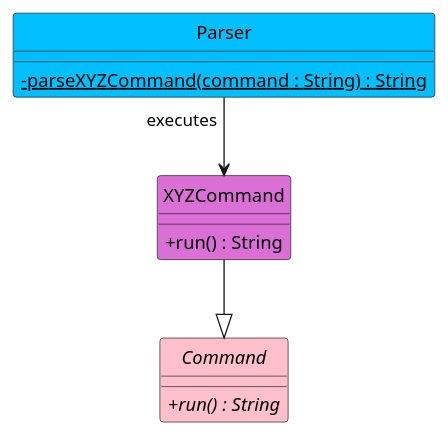
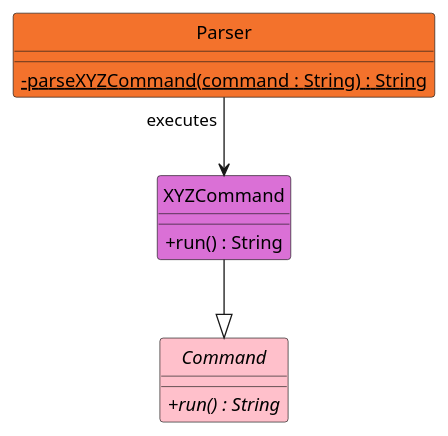
One commit to nus-cs2113-AY2122S1/tp changed the diagram in docs/diagrams/ParserDiagram.puml. Above: the diagram before and after it, drawn with PlantUML. The commit also changed 7 other files, not shown here.

```diff
--- a/docs/diagrams/ParserDiagram.puml
+++ b/docs/diagrams/ParserDiagram.puml
@@ -1,20 +1,20 @@
 @startuml
 hide circle
 skinparam classAttributeIconSize 0
 
 abstract class Command #pink {
 + {abstract} run() : String
 }
 
-class Parser #deepSkyBlue {
+class Parser #F3722C {
 - {static} parseXYZCommand(command : String) : String
 }
 
 class XYZCommand #orchid {
 + run() : String
 }
 
 XYZCommand --|> Command
 Parser "executes" --> XYZCommand
 
 @enduml
```
